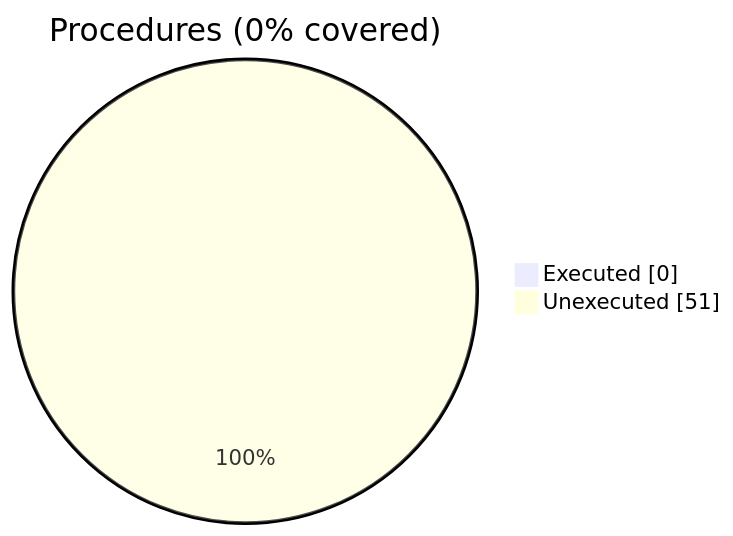
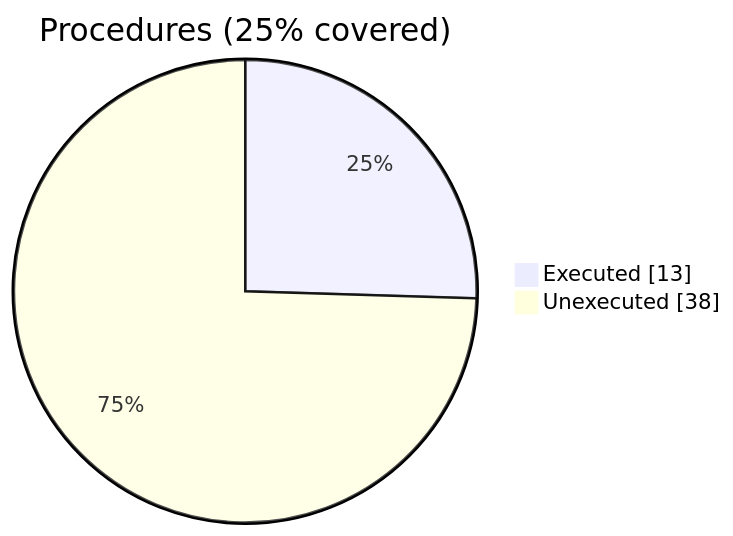
One commit to szaghi/VTKFortran changed the second of 2 diagrams in docs/guide/vtk_fortran_vtk_file_xml_writer_binary_local.f90.gcov.md. Above: the diagram before and after it, drawn with Mermaid. The commit also changed other lines of this file and 9 other files, not shown here.

````diff
--- a/docs/guide/vtk_fortran_vtk_file_xml_writer_binary_local.f90.gcov.md
+++ b/docs/guide/vtk_fortran_vtk_file_xml_writer_binary_local.f90.gcov.md
@@ -24,6 +24,6 @@
 ```mermaid
 pie showData
-    title Procedures (0% covered)
-    "Executed" : 0
-    "Unexecuted" : 51
+    title Procedures (25% covered)
+    "Executed" : 13
+    "Unexecuted" : 38
 ```
````
